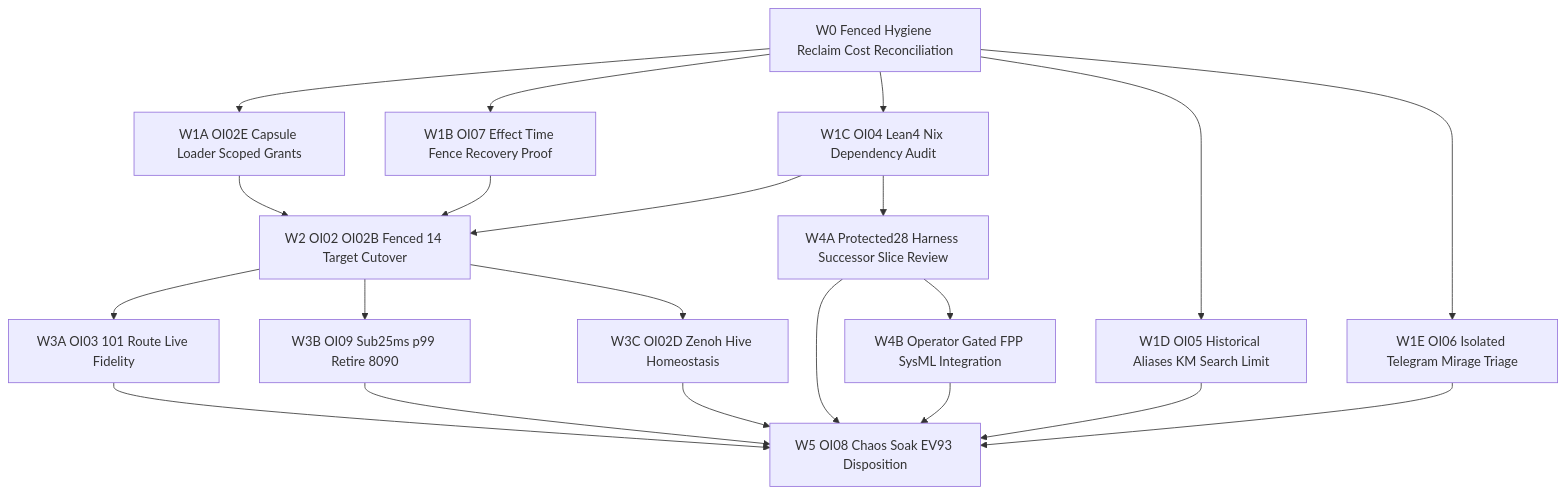
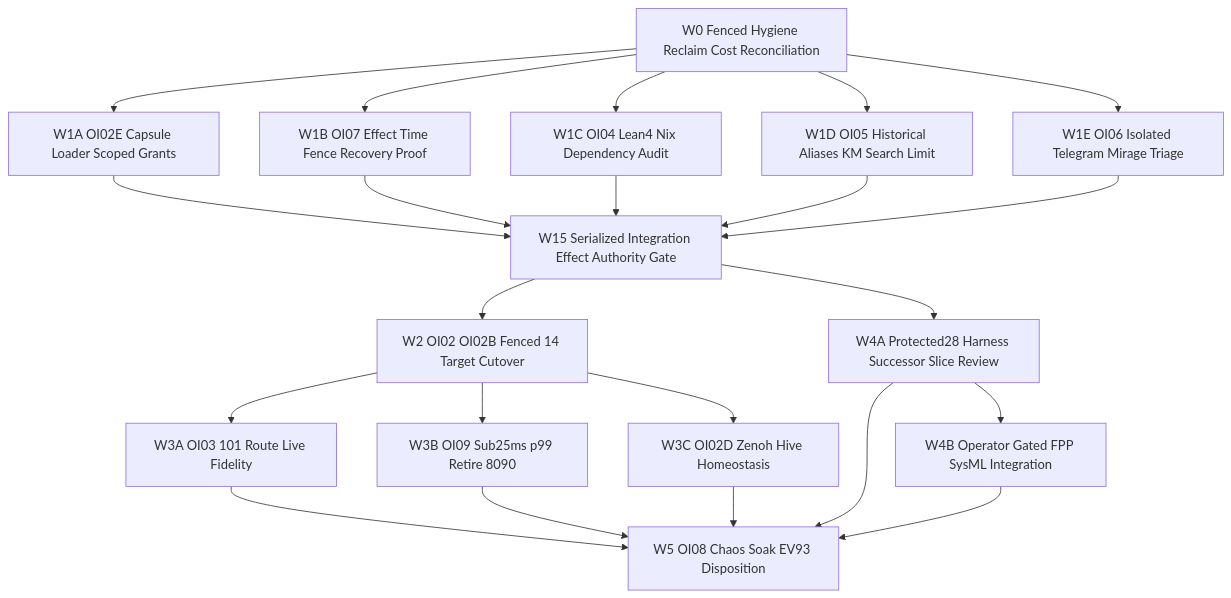
One commit to Anaik7799/uos changed the first of 2 diagrams in docs/plans/20261101-1454-agy-fractal-issue-resolution-plan-and-codex-advisory.md. Above: the diagram before and after it, drawn with Mermaid. The commit also changed other lines of this file and 5 other files, not shown here.

````diff
--- a/docs/plans/20261101-1454-agy-fractal-issue-resolution-plan-and-codex-advisory.md
+++ b/docs/plans/20261101-1454-agy-fractal-issue-resolution-plan-and-codex-advisory.md
@@ -116,37 +123,39 @@
 ```mermaid
 flowchart TD
   W0["W0 Fenced Hygiene Reclaim Cost Reconciliation"]
   W1A["W1A OI02E Capsule Loader Scoped Grants"]
   W1B["W1B OI07 Effect Time Fence Recovery Proof"]
   W1C["W1C OI04 Lean4 Nix Dependency Audit"]
   W1D["W1D OI05 Historical Aliases KM Search Limit"]
   W1E["W1E OI06 Isolated Telegram Mirage Triage"]
+  W15["W15 Serialized Integration Effect Authority Gate"]
   W2["W2 OI02 OI02B Fenced 14 Target Cutover"]
   W3A["W3A OI03 101 Route Live Fidelity"]
   W3B["W3B OI09 Sub25ms p99 Retire 8090"]
   W3C["W3C OI02D Zenoh Hive Homeostasis"]
   W4A["W4A Protected28 Harness Successor Slice Review"]
   W4B["W4B Operator Gated FPP SysML Integration"]
   W5["W5 OI08 Chaos Soak EV93 Disposition"]
 
   W0 --> W1A
   W0 --> W1B
   W0 --> W1C
   W0 --> W1D
   W0 --> W1E
-  W1A --> W2
-  W1B --> W2
-  W1C --> W2
+  W1A --> W15
+  W1B --> W15
+  W1C --> W15
+  W1D --> W15
+  W1E --> W15
+  W15 --> W2
   W2 --> W3A
   W2 --> W3B
   W2 --> W3C
-  W1C --> W4A
+  W15 --> W4A
   W4A --> W4B
   W3A --> W5
   W3B --> W5
   W3C --> W5
   W4A --> W5
   W4B --> W5
-  W1D --> W5
-  W1E --> W5
 ```
````
